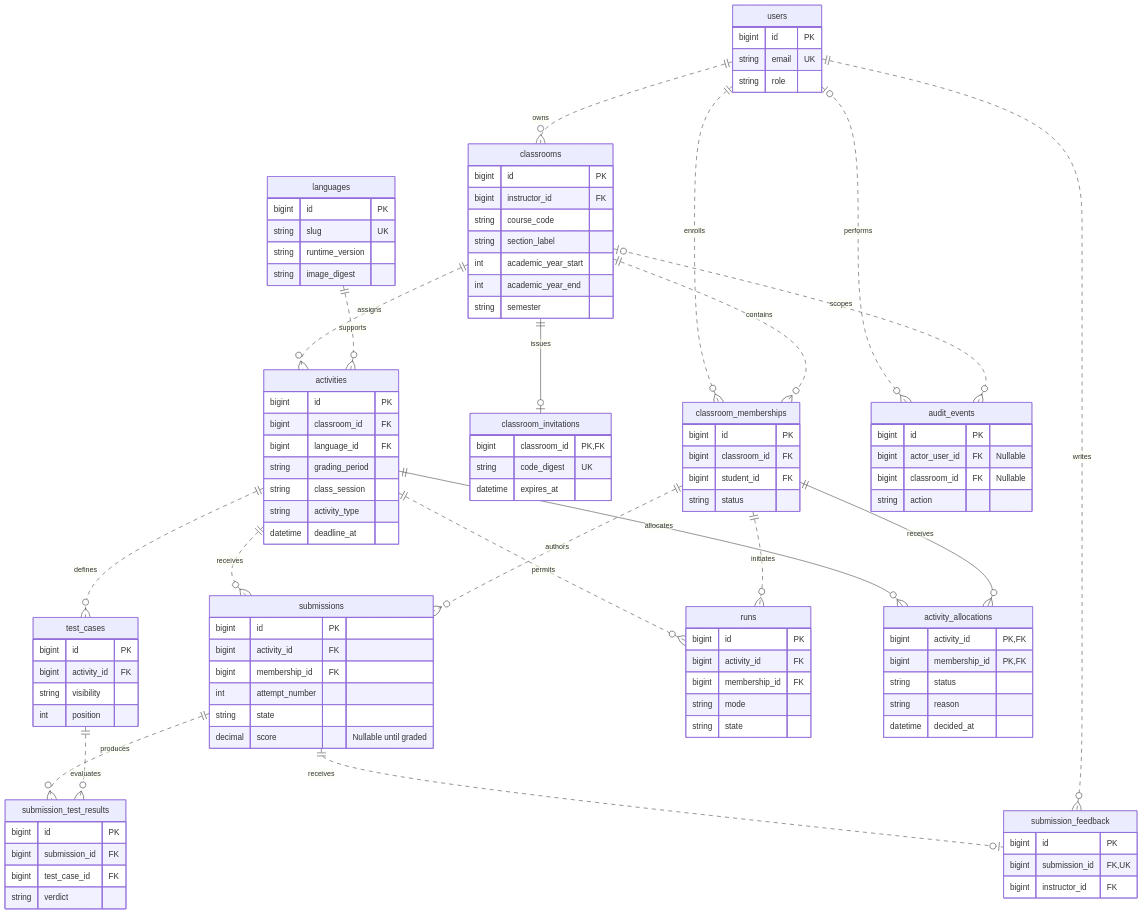
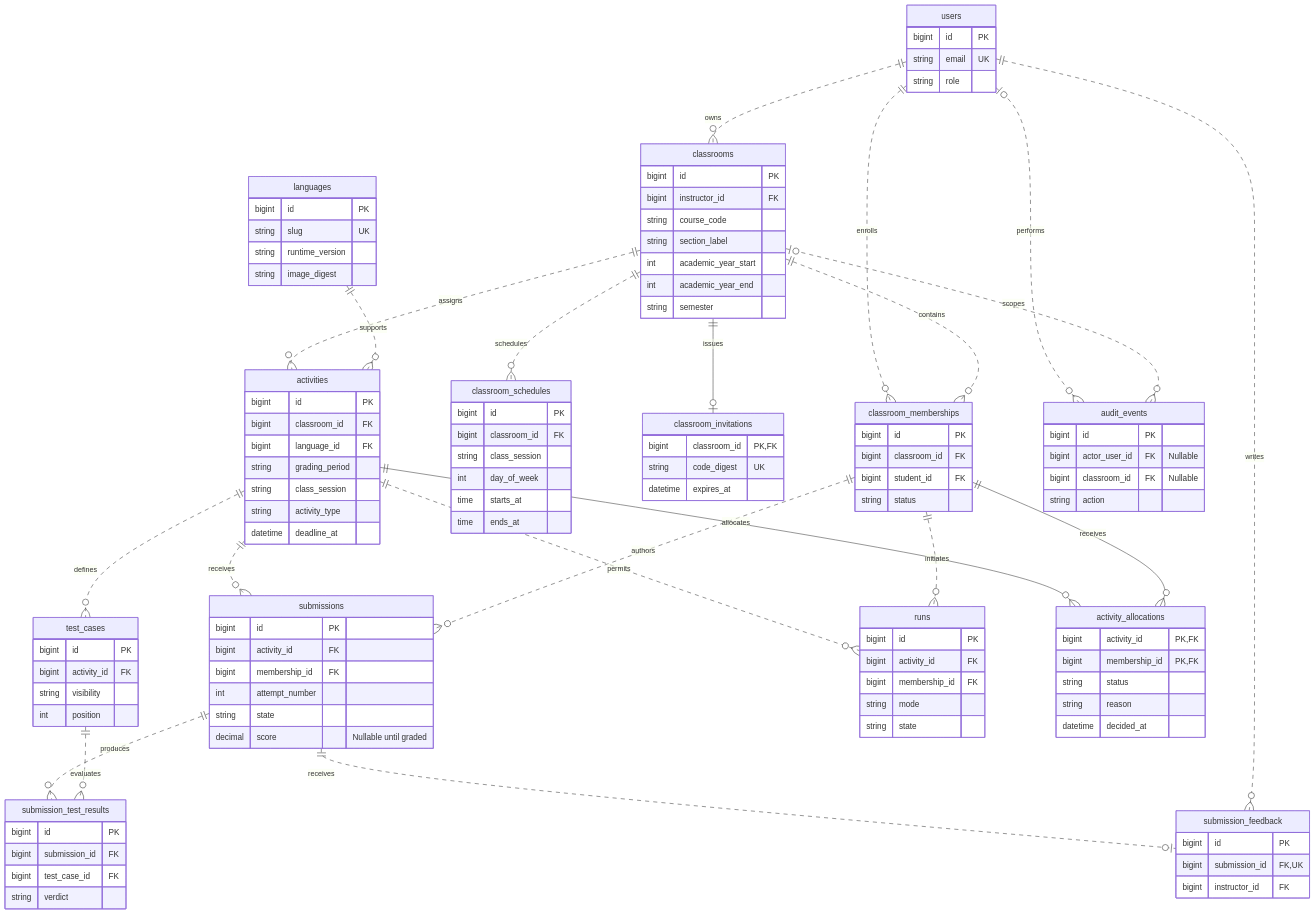
Before and after one commit to EDProgrammerist/CodeLab: the diagram in docs/database-design.md, drawn with Mermaid. The commit also changed other lines of this file and 161 other files, not shown here.

```diff
--- a/docs/database-design.md
+++ b/docs/database-design.md
@@ -29,6 +36,7 @@
     users ||..o{ classrooms : owns
     users ||..o{ memberships : enrolls
     classrooms ||..o{ memberships : contains
+    classrooms ||..o{ schedules : schedules
     classrooms ||--o| invitations : issues
     classrooms ||..o{ activities : assigns
     languages ||..o{ activities : supports
@@ -65,6 +73,14 @@
         bigint classroom_id FK
         bigint student_id FK
         string status
+    }
+    schedules["classroom_schedules"] {
+        bigint id PK
+        bigint classroom_id FK
+        string class_session
+        int day_of_week
+        time starts_at
+        time ends_at
     }
     invitations["classroom_invitations"] {
         bigint classroom_id PK, FK
```
